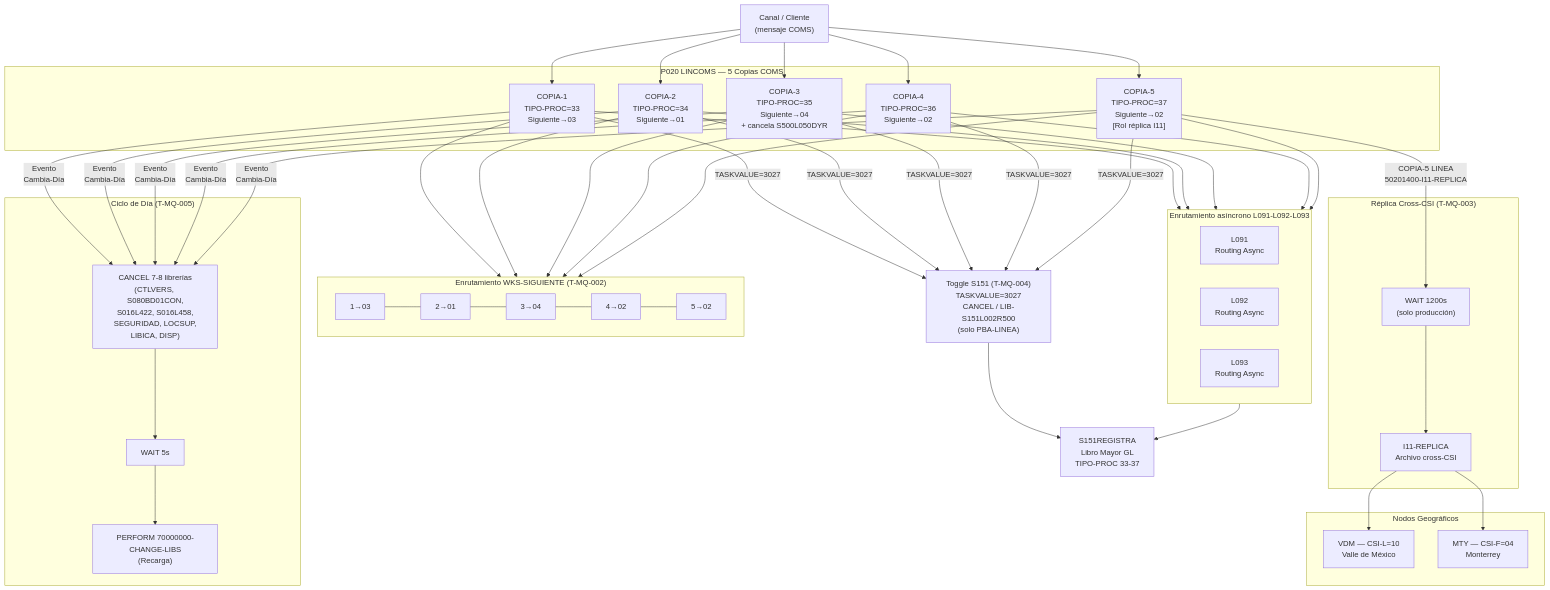
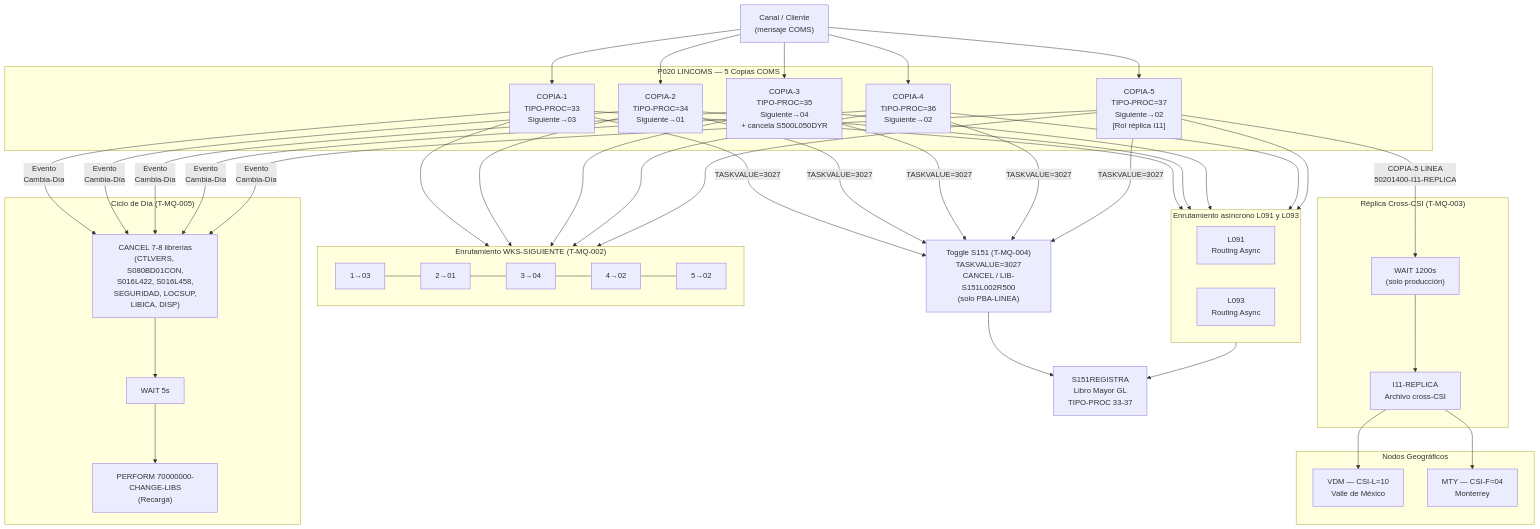
One commit to alexogallegos-cloud/Digital-Core changed the diagram in 03 - Software & Platform Engineering/High Velocity Modernization/Mainframe Modernization/Banamex/GemCog/capacidades/cap-mq.md. Above: the diagram before and after it, drawn with Mermaid. The commit also changed other lines of this file and 789 other files, not shown here.

````diff
--- a/03 - Software & Platform Engineering/High Velocity Modernization/Mainframe Modernization/Banamex/GemCog/capacidades/cap-mq.md
+++ b/03 - Software & Platform Engineering/High Velocity Modernization/Mainframe Modernization/Banamex/GemCog/capacidades/cap-mq.md
@@ -116,61 +118,60 @@
 ```mermaid
 flowchart TD
     CANAL["Canal / Cliente\n(mensaje COMS)"]
 
     subgraph P020["P020 LINCOMS — 5 Copias COMS"]
         C1["COPIA-1\nTIPO-PROC=33\nSiguiente→03"]
         C2["COPIA-2\nTIPO-PROC=34\nSiguiente→01"]
         C3["COPIA-3\nTIPO-PROC=35\nSiguiente→04\n+ cancela S500L050DYR"]
         C4["COPIA-4\nTIPO-PROC=36\nSiguiente→02"]
         C5["COPIA-5\nTIPO-PROC=37\nSiguiente→02\n[Rol réplica I11]"]
     end
 
     CANAL --> C1 & C2 & C3 & C4 & C5
 
     subgraph FAILOVER["Enrutamiento WKS-SIGUIENTE (T-MQ-002)"]
         direction LR
         F1["1→03"] --- F2["2→01"] --- F3["3→04"] --- F4["4→02"] --- F5["5→02"]
     end
 
     C1 & C2 & C3 & C4 & C5 --> FAILOVER
 
-    subgraph ROUTING["Enrutamiento asíncrono L091-L092-L093"]
+    subgraph ROUTING["Enrutamiento asíncrono L091 y L093"]
         L091["L091\nRouting Async"]
-        L092["L092\nRouting Async"]
         L093["L093\nRouting Async"]
     end
 
     C1 & C2 & C3 & C4 & C5 --> ROUTING
 
     S151["S151REGISTRA\nLibro Mayor GL\nTIPO-PROC 33-37"]
     ROUTING --> S151
 
     subgraph REPLICA["Réplica Cross-CSI (T-MQ-003)"]
         WAIT["WAIT 1200s\n(solo producción)"]
         I11["I11-REPLICA\nArchivo cross-CSI"]
         WAIT --> I11
     end
 
     C5 -->|"COPIA-5 LINEA\n50201400-I11-REPLICA"| WAIT
 
     subgraph CSI["Nodos Geográficos"]
         VDM["VDM — CSI-L=10\nValle de México"]
         MTY["MTY — CSI-F=04\nMonterrey"]
     end
 
     I11 --> VDM & MTY
 
     subgraph LIBS["Ciclo de Día (T-MQ-005)"]
         CANCEL["CANCEL 7-8 librerías\n(CTLVERS, S080BD01CON,\nS016L422, S016L458,\nSEGURIDAD, LOCSUP,\nLIBICA, DISP)"]
         WAIT5["WAIT 5s"]
         RELOAD["PERFORM 70000000-CHANGE-LIBS\n(Recarga)"]
         CANCEL --> WAIT5 --> RELOAD
     end
 
     C1 & C2 & C3 & C4 & C5 -->|"Evento\nCambia-Día"| CANCEL
 
     TOGGLE["Toggle S151 (T-MQ-004)\nTASKVALUE=3027\nCANCEL / LIB-S151L002R500\n(solo PBA-LINEA)"]
 
     C1 & C2 & C3 & C4 & C5 -->|"TASKVALUE=3027"| TOGGLE
     TOGGLE --> S151
 ```
````
